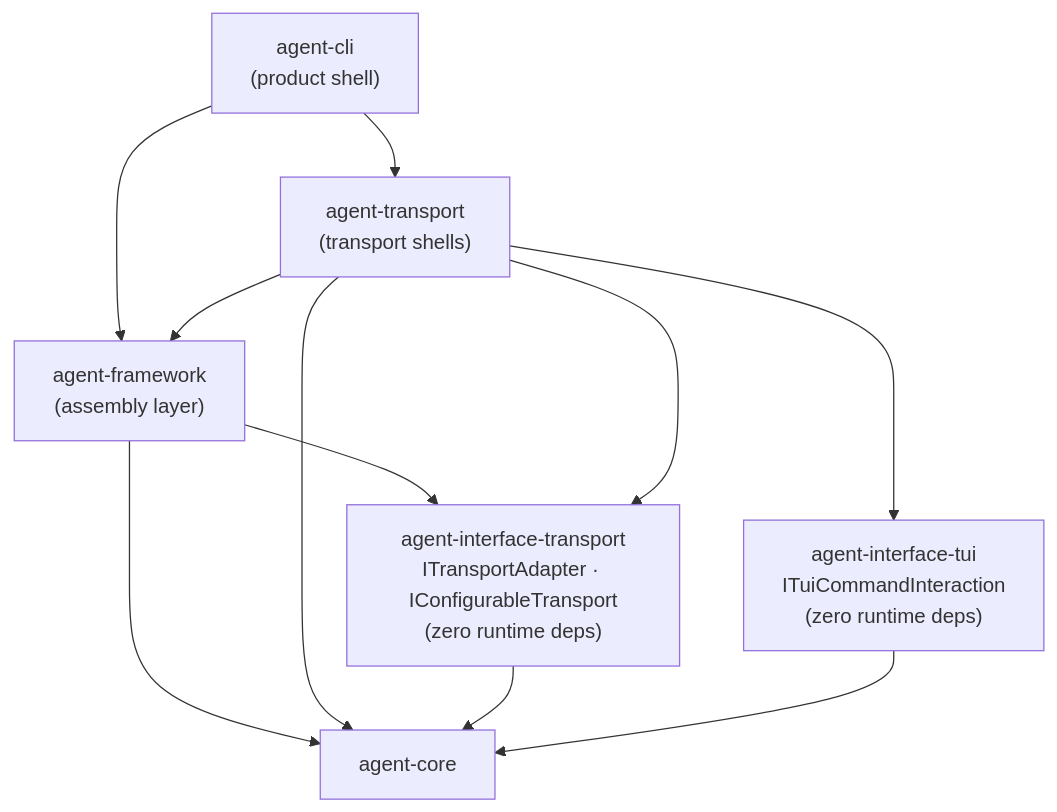
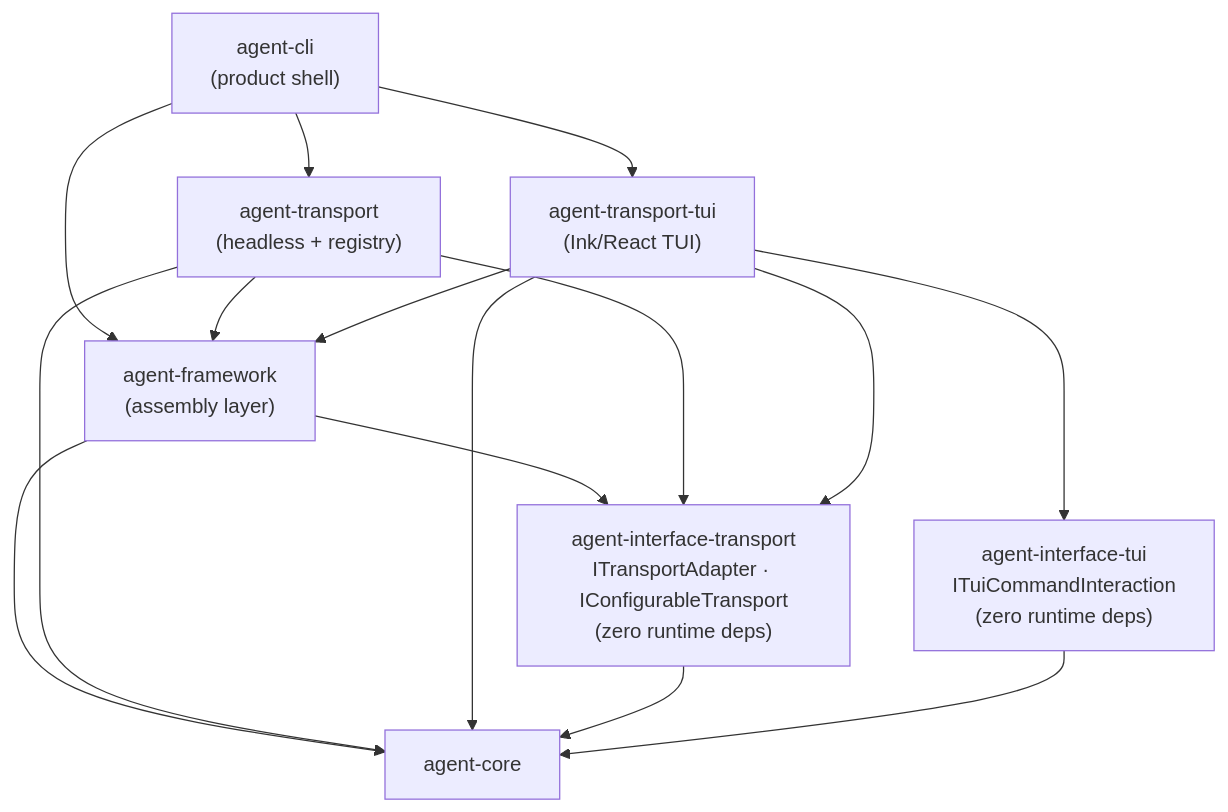
One commit to woojubb/robota changed the diagram in .agents/specs/architecture-map/transport-architecture.md. Above: the diagram before and after it, drawn with Mermaid. The commit also changed other lines of this file and 24 other files, not shown here.

First line of the commit message:
docs(audit): apply DOCAUDIT-001..004 — reconcile architecture docs with code

````diff
--- a/.agents/specs/architecture-map/transport-architecture.md
+++ b/.agents/specs/architecture-map/transport-architecture.md
@@ -30,20 +33,25 @@
 ```mermaid
 flowchart TD
   CLI["agent-cli\n(product shell)"]
   FW["agent-framework\n(assembly layer)"]
-  Transport["agent-transport\n(transport shells)"]
+  Transport["agent-transport\n(headless + registry)"]
+  TransportTui["agent-transport-tui\n(Ink/React TUI)"]
   IfaceTransport["agent-interface-transport\nITransportAdapter · IConfigurableTransport\n(zero runtime deps)"]
   IfaceTui["agent-interface-tui\nITuiCommandInteraction\n(zero runtime deps)"]
   Core["agent-core"]
 
   CLI --> FW
   CLI --> Transport
+  CLI --> TransportTui
   FW --> IfaceTransport
   FW --> Core
   Transport --> IfaceTransport
   Transport --> FW
   Transport --> Core
+  TransportTui --> IfaceTransport
+  TransportTui --> FW
+  TransportTui --> Core
+  TransportTui --> IfaceTui
   IfaceTransport --> Core
   IfaceTui --> Core
-  Transport --> IfaceTui
 ```
````
